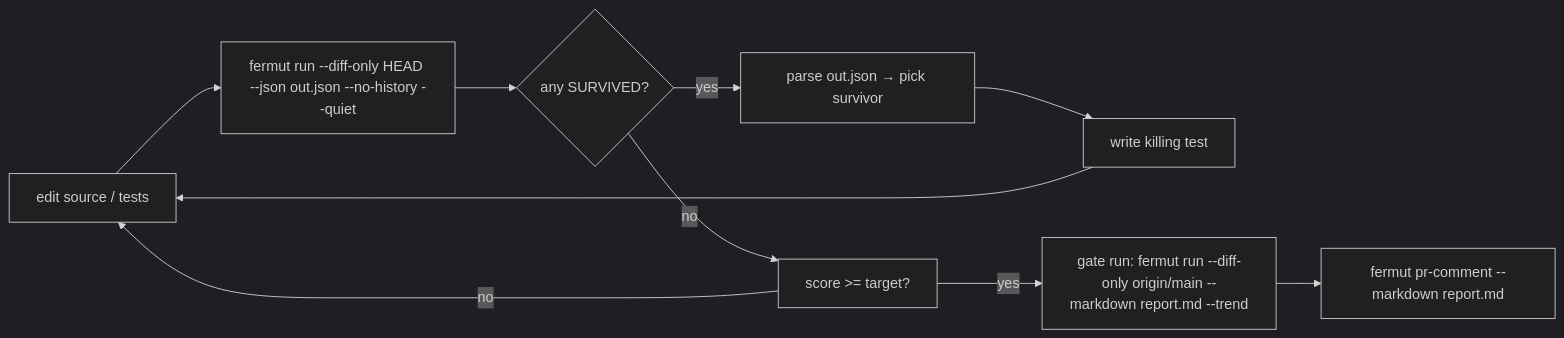
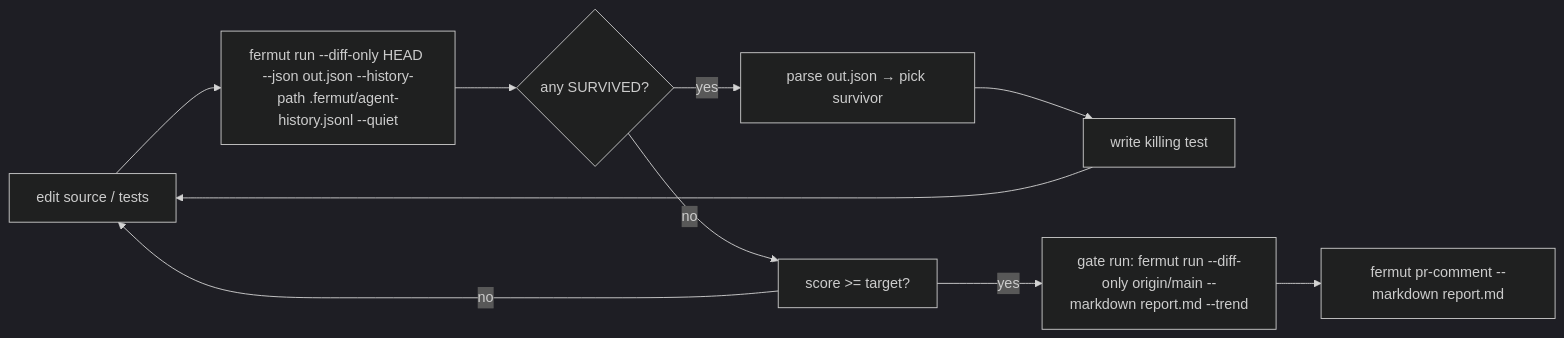
Before and after one commit to KovantAI/fermut: the diagram in docs/guides/coding-agents.md, drawn with Mermaid (dark theme). The commit also changed other lines of this file and 45 other files, not shown here.

````diff
--- a/docs/guides/coding-agents.md
+++ b/docs/guides/coding-agents.md
@@ -87,12 +92,12 @@
 ```mermaid
 flowchart LR
-    A[edit source / tests] --> B[fermut run --diff-only HEAD --json out.json --no-history --quiet]
+    A[edit source / tests] --> B[fermut run --diff-only HEAD --json out.json --history-path .fermut/agent-history.jsonl --quiet]
     B --> C{any SURVIVED?}
     C -- yes --> F[parse out.json → pick survivor]
     F --> G[write killing test]
     G --> A
     C -- no --> D[score >= target?]
     D -- no --> A
     D -- yes --> E[gate run: fermut run --diff-only origin/main --markdown report.md --trend]
     E --> Z[fermut pr-comment --markdown report.md]
 ```
````
